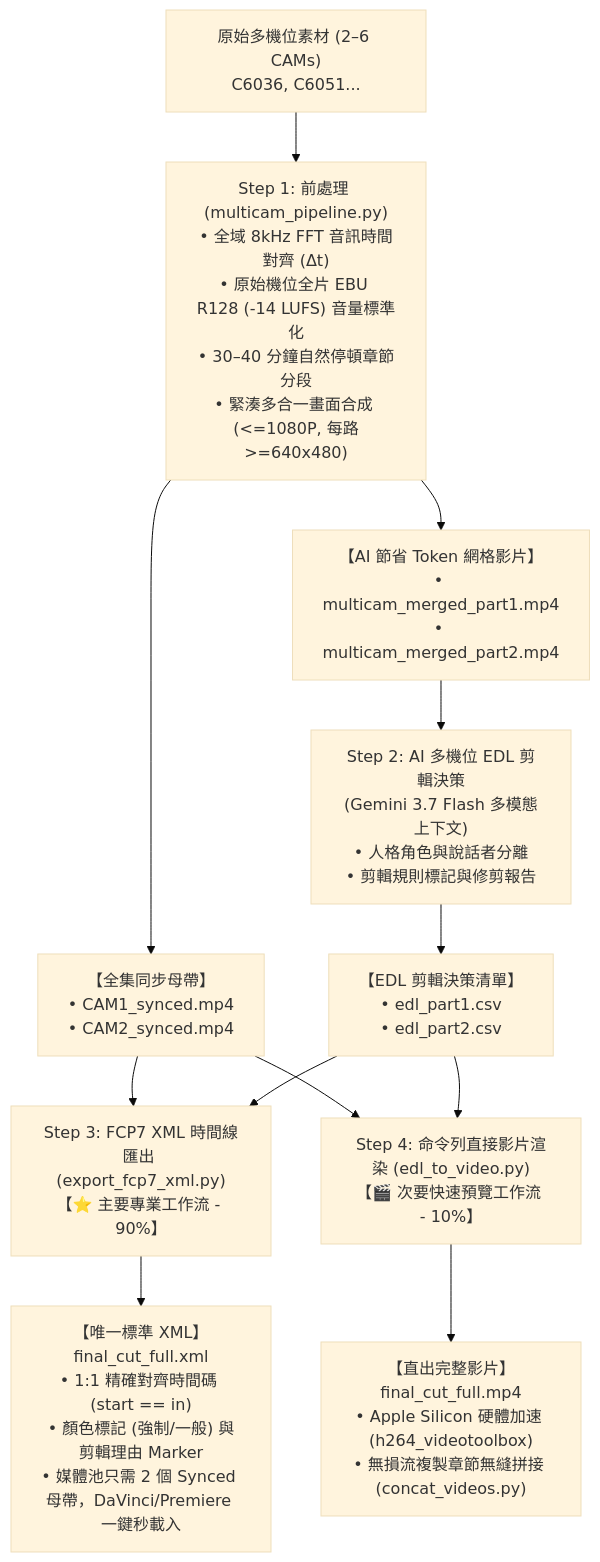
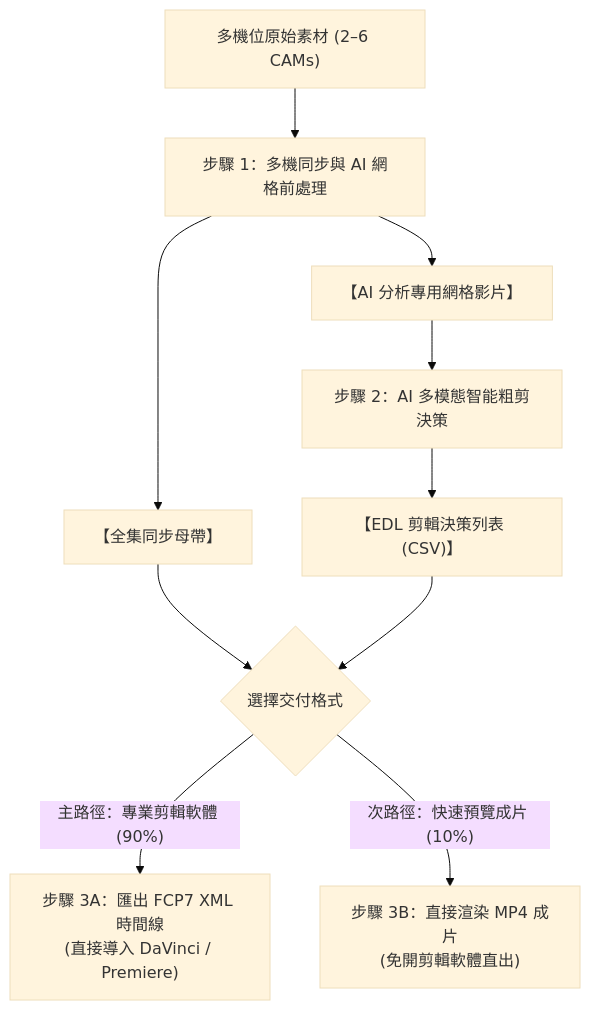
One commit to sylphlin/multicam-video-preprocessing changed the diagram in README.zh-TW.md. Above: the diagram before and after it, drawn with Mermaid (base theme). The commit also changed other lines of this file and 4 other files, not shown here.

Commit message:
docs: restructure READMEs with clean process flow, 2 prompt scenarios, and detailed step breakdowns

````diff
--- a/README.zh-TW.md
+++ b/README.zh-TW.md
@@ -46,19 +45,16 @@
 ```mermaid
 flowchart TD
-    A["原始多機位素材 (2–6 CAMs)<br/>C6036, C6051..."] --> B["Step 1: 前處理 (multicam_pipeline.py)<br/>• 全域 8kHz FFT 音訊時間對齊 (Δt)<br/>• 原始機位全片 EBU R128 (-14 LUFS) 音量標準化<br/>• 30–40 分鐘自然停頓章節分段<br/>• 緊湊多合一畫面合成 (<=1080P, 每路>=640x480)"]
+    A["多機位原始素材 (2–6 CAMs)"] --> B["步驟 1：多機同步與 AI 網格前處理"]
     
-    B --> C["【全集同步母帶】<br/>• CAM1_synced.mp4<br/>• CAM2_synced.mp4"]
-    B --> D["【AI 節省 Token 網格影片】<br/>• multicam_merged_part1.mp4<br/>• multicam_merged_part2.mp4"]
+    B --> C["【全集同步母帶】"]
+    B --> D["【AI 分析專用網格影片】"]
     
-    D --> E["Step 2: AI 多機位 EDL 剪輯決策<br/>(Gemini 3.7 Flash 多模態上下文)<br/>• 人格角色與說話者分離<br/>• 剪輯規則標記與修剪報告"]
+    D --> E["步驟 2：AI 多模態智能粗剪決策"]
+    E --> F["【EDL 剪輯決策列表 (CSV)】"]
     
-    E --> F["【EDL 剪輯決策清單】<br/>• edl_part1.csv<br/>• edl_part2.csv"]
+    C --> G{"選擇交付格式"}
+    F --> G
     
-    C --> G["Step 3: FCP7 XML 時間線匯出 (export_fcp7_xml.py)<br/>【⭐ 主要專業工作流 - 90%】"]
-    F --> G
-    G --> H["【唯一標準 XML】final_cut_full.xml<br/>• 1:1 精確對齊時間碼 (start == in)<br/>• 顏色標記 (強制/一般) 與剪輯理由 Marker<br/>• 媒體池只需 2 個 Synced 母帶，DaVinci/Premiere 一鍵秒載入"]
-    
-    C --> I["Step 4: 命令列直接影片渲染 (edl_to_video.py)<br/>【🎬 次要快速預覽工作流 - 10%】"]
-    F --> I
-    I --> J["【直出完整影片】final_cut_full.mp4<br/>• Apple Silicon 硬體加速 (h264_videotoolbox)<br/>• 無損流複製章節無縫拼接 (concat_videos.py)"]
+    G -->|"主路徑：專業剪輯軟體 (90%)"| H["步驟 3A：匯出 FCP7 XML 時間線<br/>(直接導入 DaVinci / Premiere)"]
+    G -->|"次路徑：快速預覽成片 (10%)"| I["步驟 3B：直接渲染 MP4 成片<br/>(免開剪輯軟體直出)"]
 ```
````
